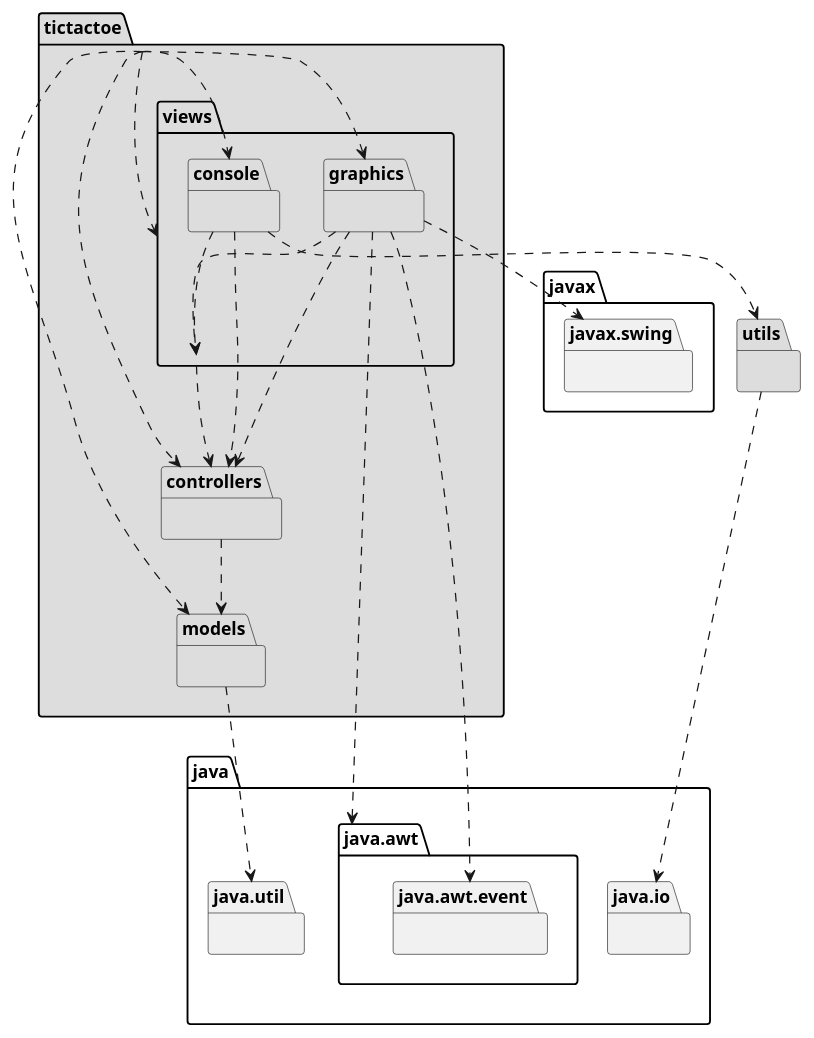
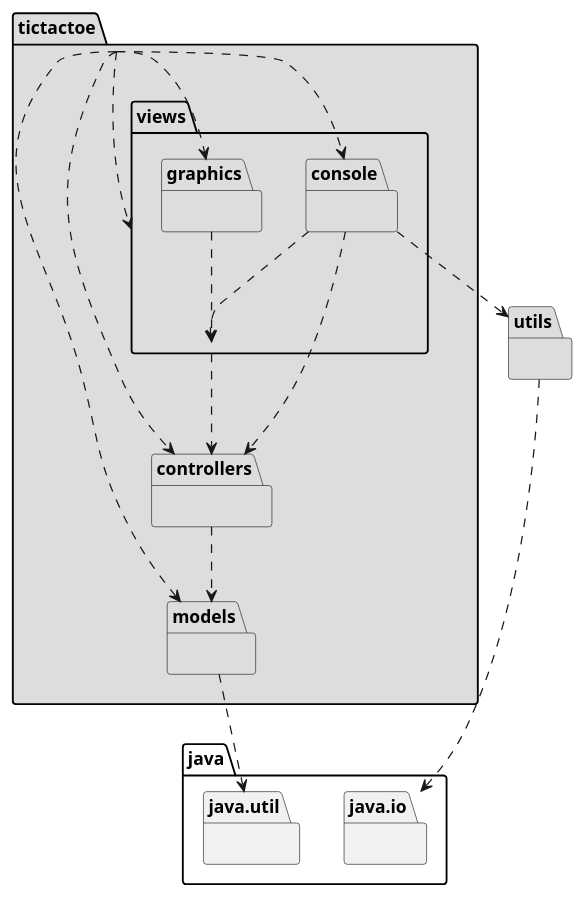
Before and after one commit to Jolucaa/USantaTecla-project-ticTacToe: the diagram in modelViewPresenter/presentationModel/basic/docs/diagrams/src/arquitectura.plantuml, drawn with PlantUML. The commit also changed 16 other files, not shown here.

Commit message:
[mvp.pm.basic] Fixed diagrams and changed some small things in code (refactor)

```diff
--- a/modelViewPresenter/presentationModel/basic/docs/diagrams/src/arquitectura.plantuml
+++ b/modelViewPresenter/presentationModel/basic/docs/diagrams/src/arquitectura.plantuml
@@ -1,38 +1,31 @@
 @startuml arquitectura
 package tictactoe #DDDDDD { }
 tictactoe .down.> tictactoe.views.graphics
 tictactoe .down.> tictactoe.models
 tictactoe .down.> tictactoe.views.console
 tictactoe .down.> tictactoe.controllers
 tictactoe .down.> tictactoe.views
 
 package tictactoe.controllers #DDDDDD { }
 tictactoe.controllers .down.> tictactoe.models
 
 package tictactoe.models #DDDDDD { }
 package java.util{ }
 tictactoe.models .down.> java.util
 
 package utils #DDDDDD { }
 package java.io{ }
 utils .down.> java.io
 
 package tictactoe.views #DDDDDD { }
 tictactoe.views .down.> tictactoe.controllers
 
 package tictactoe.views.console #DDDDDD { }
 tictactoe.views.console .down.> tictactoe.views
 tictactoe.views.console .down.> tictactoe.controllers
 tictactoe.views.console .down.> utils
 
 package tictactoe.views.graphics #DDDDDD { }
-package java.awt{ }
-tictactoe.views.graphics .down.> java.awt
-package java.awt.event{ }
-tictactoe.views.graphics .down.> java.awt.event
 tictactoe.views.graphics .down.> tictactoe.views
-tictactoe.views.graphics .down.> tictactoe.controllers
-package javax.swing{ }
-tictactoe.views.graphics .down.> javax.swing
 
 @enduml
```
